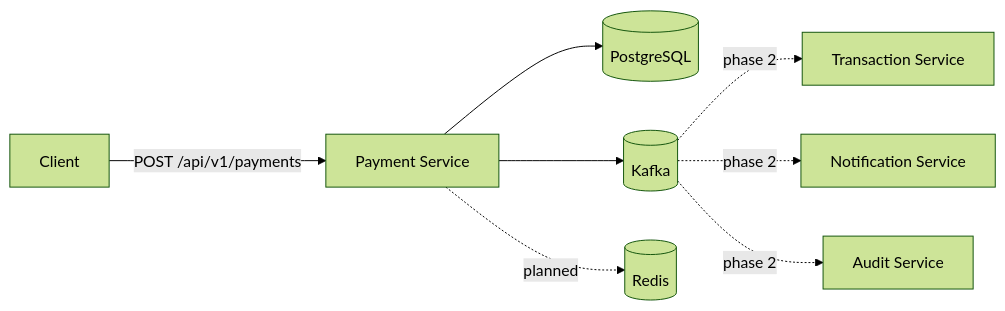
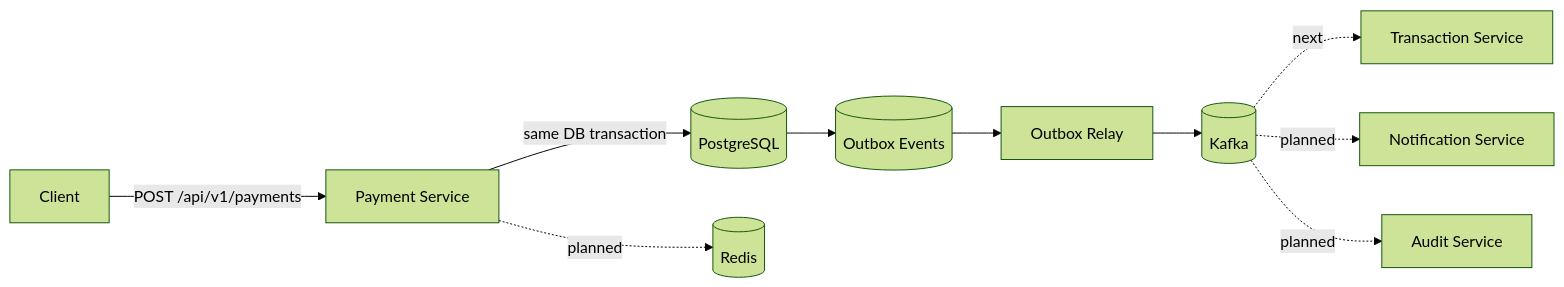
One commit to Charithaa07/Event-driven-payment-platform changed the diagram in README.md. Above: the diagram before and after it, drawn with Mermaid (forest theme). The commit also changed other lines of this file, not shown here.

Commit message:
docs: document transactional outbox and delivery semantics

````diff
--- a/README.md
+++ b/README.md
@@ -13,10 +13,12 @@
 ```mermaid
 flowchart LR
     C[Client] -->|POST /api/v1/payments| P[Payment Service]
-    P --> PG[(PostgreSQL)]
-    P --> K[(Kafka)]
+    P -->|same DB transaction| PG[(PostgreSQL)]
+    PG --> O[(Outbox Events)]
+    O --> RLY[Outbox Relay]
+    RLY --> K[(Kafka)]
     P -. planned .-> R[(Redis)]
-    K -. phase 2 .-> T[Transaction Service]
-    K -. phase 2 .-> N[Notification Service]
-    K -. phase 2 .-> A[Audit Service]
+    K -. next .-> T[Transaction Service]
+    K -. planned .-> N[Notification Service]
+    K -. planned .-> A[Audit Service]
 ```
````
